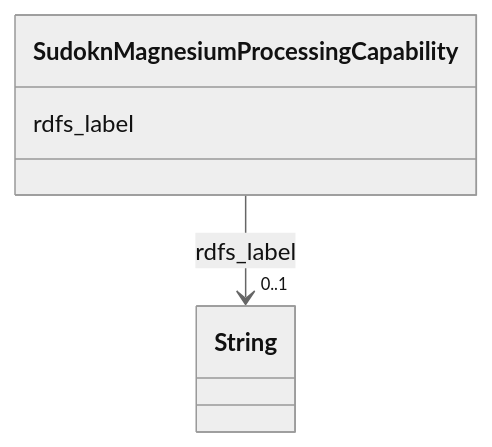
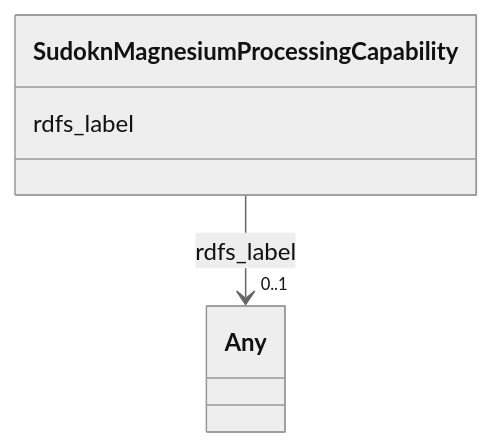
Before and after one commit to frink-okn/graph-descriptions: the diagram in sudokn-kg/classes/SudoknMagnesiumProcessingCapability.md, drawn with Mermaid (neutral theme). The commit also changed other lines of this file and 903 other files, not shown here.

````diff
--- a/sudokn-kg/classes/SudoknMagnesiumProcessingCapability.md
+++ b/sudokn-kg/classes/SudoknMagnesiumProcessingCapability.md
@@ -23,15 +18,15 @@
 ```mermaid
  classDiagram
     class SudoknMagnesiumProcessingCapability
     click SudoknMagnesiumProcessingCapability href "../SudoknMagnesiumProcessingCapability"
       SudoknMagnesiumProcessingCapability : rdfs_label
         
           
     
     
-    SudoknMagnesiumProcessingCapability --> "0..1" String : rdfs_label
-    click String href "../String"
+    SudoknMagnesiumProcessingCapability --> "0..1" Any : rdfs_label
+    click Any href "../Any"
 
         
       
 ```
````
